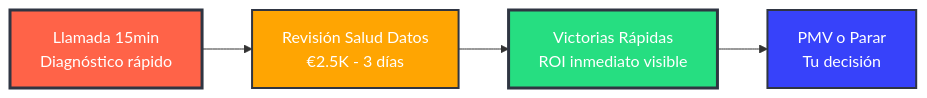
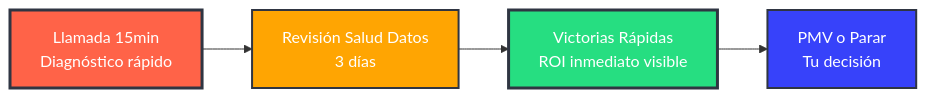
Before and after one commit to arielmmdx/offering: diagram 17 of 17 in OFFERING.md, drawn with Mermaid. The commit also changed other lines of this file, not shown here.

````diff
--- a/OFFERING.md
+++ b/OFFERING.md
@@ -765,11 +764,11 @@
 ```mermaid
 flowchart LR
-    A[Llamada 15min<br/>Diagnóstico rápido] --> B[Revisión Salud Datos<br/>€2.5K - 3 días]
+    A[Llamada 15min<br/>Diagnóstico rápido] --> B[Revisión Salud Datos<br/>3 días]
     B --> C[Victorias Rápidas<br/>ROI inmediato visible]
     C --> D[PMV o Parar<br/>Tu decisión]
     
     style A fill:#ff6348,stroke:#2f3542,stroke-width:3px,color:#fff
     style B fill:#ffa502,stroke:#2f3542,stroke-width:2px,color:#fff
     style C fill:#26de81,stroke:#2f3542,stroke-width:3px,color:#fff
     style D fill:#3742fa,stroke:#2f3542,stroke-width:2px,color:#fff
 ```
````
